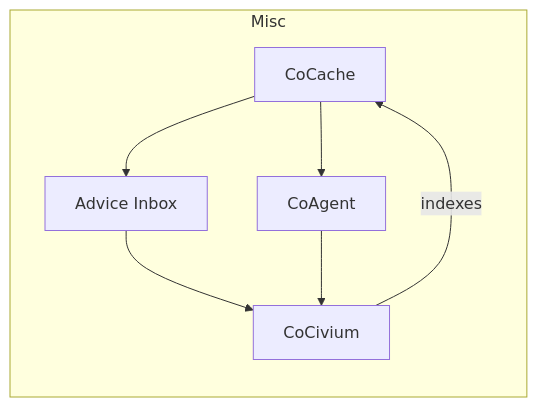
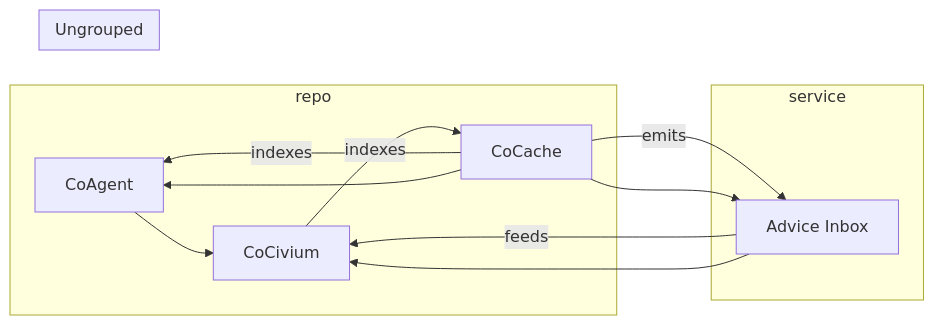
One commit to rickballard/CoCivium changed the diagram in docs/diagrams/render/asset-graph.mmd. Above: the diagram before and after it, drawn with Mermaid. The commit also changed other lines of this file and 2 other files, not shown here.

Commit message:
diagrams: seed example JSON; rebuild DIAGRAMS.md + .mmd [20251028T181058Z]

```diff
--- a/docs/diagrams/render/asset-graph.mmd
+++ b/docs/diagrams/render/asset-graph.mmd
@@ -1,12 +1,26 @@
+%% generated:2025-10-28T18:10:58Z
 flowchart LR
-  subgraph Misc
-    CoCache["CoCache"]
-    CoAgent["CoAgent"]
-    AdviceInbox["Advice Inbox"]
-    CoCivium["CoCivium"]
-  end
-  CoCache --> AdviceInbox
-  AdviceInbox --> CoCivium
-  CoCache --> CoAgent
-  CoAgent --> CoCivium
-  CoCivium -->|indexes| CoCache
+subgraph repo
+  CoAgent["CoAgent"]
+  CoCache["CoCache"]
+  CoCache["CoCache"]
+  CoCivium["CoCivium"]
+  CoCivium["CoCivium"]
+end
+subgraph service
+  AdviceInbox["Advice Inbox"]
+end
+subgraph Ungrouped
+  AdviceInbox["Advice Inbox"]
+  CoAgent["CoAgent"]
+  CoCache["CoCache"]
+  CoCivium["CoCivium"]
+end
+AdviceInbox --> |"feeds"| CoCivium
+AdviceInbox --> CoCivium
+CoAgent --> CoCivium
+CoCache --> |"emits"| AdviceInbox
+CoCache --> AdviceInbox
+CoCache --> |"indexes"| CoAgent
+CoCache --> CoAgent
+CoCivium --> |"indexes"| CoCache
```
